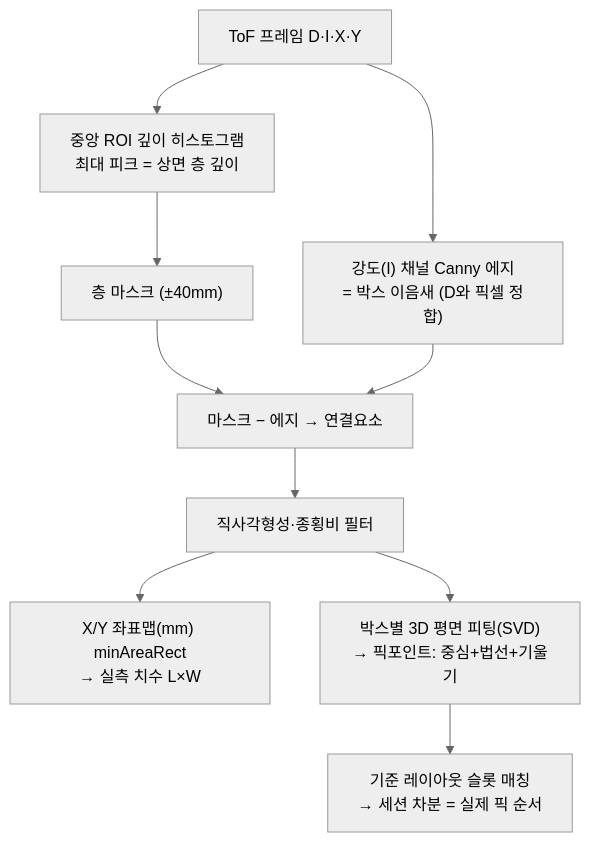
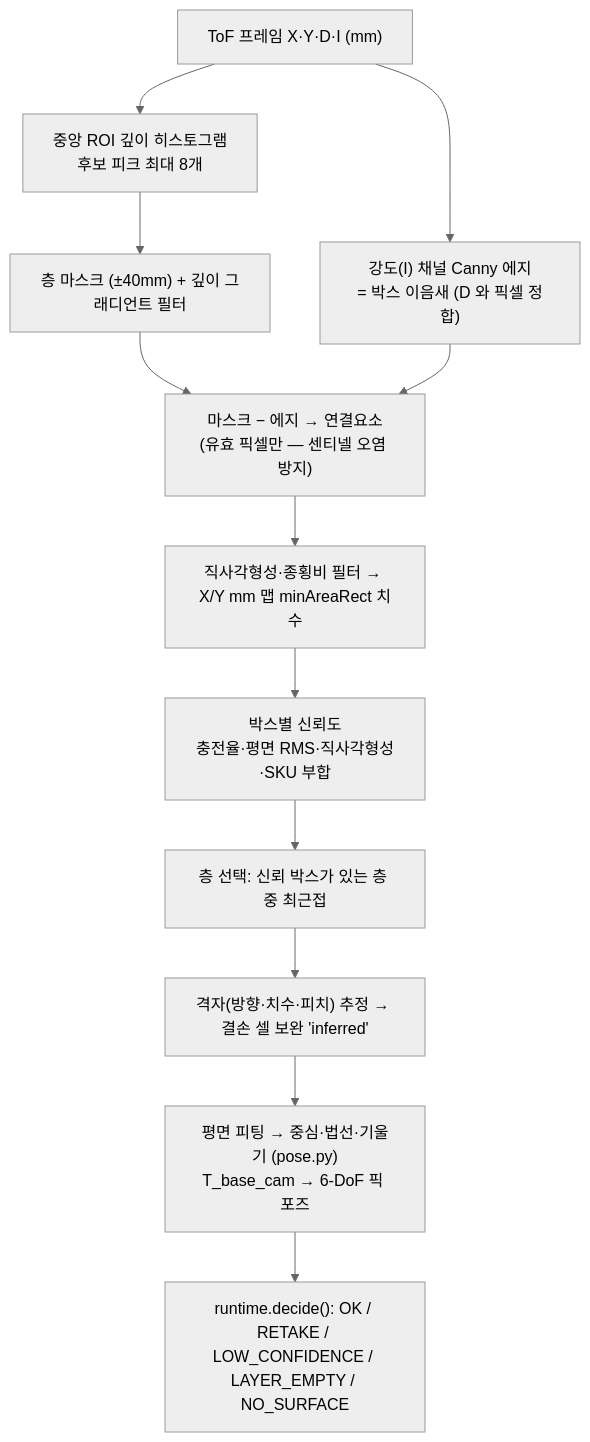
Before and after one commit to CVKim/RobotSim: the first of 2 diagrams in docs/ARCHITECTURE.md, drawn with Mermaid (neutral theme). The commit also changed other lines of this file and 25 other files, not shown here.

````diff
--- a/docs/ARCHITECTURE.md
+++ b/docs/ARCHITECTURE.md
@@ -45,12 +13,14 @@
 ```mermaid
 flowchart TD
-  A["ToF 프레임 D·I·X·Y"] --> B["중앙 ROI 깊이 히스토그램<br/>최대 피크 = 상면 층 깊이"]
-  B --> C["층 마스크 (±40mm)"]
-  A --> D["강도(I) 채널 Canny 에지<br/>= 박스 이음새 (D와 픽셀 정합)"]
-  C --> E["마스크 − 에지 → 연결요소"]
+  A["ToF 프레임 X·Y·D·I (mm)"] --> B["중앙 ROI 깊이 히스토그램<br/>후보 피크 최대 8개"]
+  B --> C["층 마스크 (±40mm) + 깊이 그래디언트 필터"]
+  A --> D["강도(I) 채널 Canny 에지<br/>= 박스 이음새 (D 와 픽셀 정합)"]
+  C --> E["마스크 − 에지 → 연결요소<br/>(유효 픽셀만 — 센티넬 오염 방지)"]
   D --> E
-  E --> F["직사각형성·종횡비 필터"]
-  F --> G["X/Y 좌표맵(mm) minAreaRect<br/>→ 실측 치수 L×W"]
-  F --> H["박스별 3D 평면 피팅(SVD)<br/>→ 픽포인트: 중심+법선+기울기"]
-  H --> I["기준 레이아웃 슬롯 매칭<br/>→ 세션 차분 = 실제 픽 순서"]
+  E --> F["직사각형성·종횡비 필터 → X/Y mm 맵 minAreaRect 치수"]
+  F --> G["박스별 신뢰도<br/>충전율·평면 RMS·직사각형성·SKU 부합"]
+  G --> H["층 선택: 신뢰 박스가 있는 층 중 최근접"]
+  H --> I["격자(방향·치수·피치) 추정 → 결손 셀 보완 'inferred'"]
+  I --> J["평면 피팅 → 중심·법선·기울기 (pose.py)<br/>T_base_cam → 6-DoF 픽 포즈"]
+  J --> K["runtime.decide(): OK / RETAKE / LOW_CONFIDENCE / LAYER_EMPTY / NO_SURFACE"]
 ```
````
